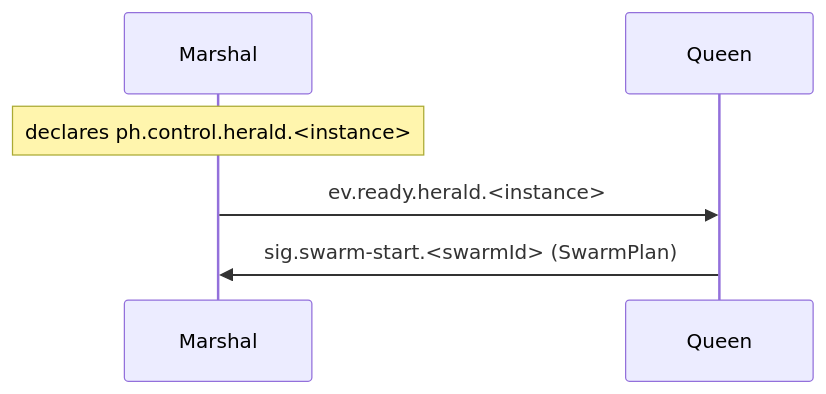
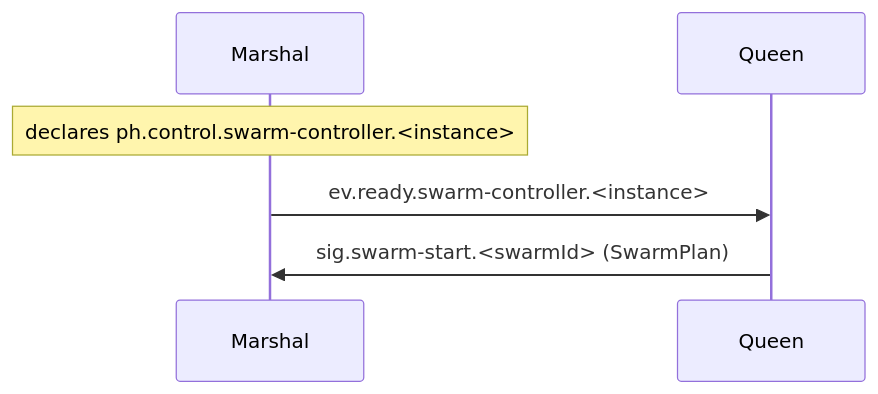
Before and after one commit to sepa79/PocketHive: the fifth of 7 diagrams in docs/ARCHITECTURE.md, drawn with Mermaid. The commit also changed other lines of this file and 12 other files, not shown here.

````diff
--- a/docs/ARCHITECTURE.md
+++ b/docs/ARCHITECTURE.md
@@ -114,8 +114,8 @@
 ```mermaid
 sequenceDiagram
   participant Marshal
   participant Queen
-  Note over Marshal: declares ph.control.herald.<instance>
-  Marshal->>Queen: ev.ready.herald.<instance>
+  Note over Marshal: declares ph.control.swarm-controller.<instance>
+  Marshal->>Queen: ev.ready.swarm-controller.<instance>
   Queen->>Marshal: sig.swarm-start.<swarmId> (SwarmPlan)
 ```
````
